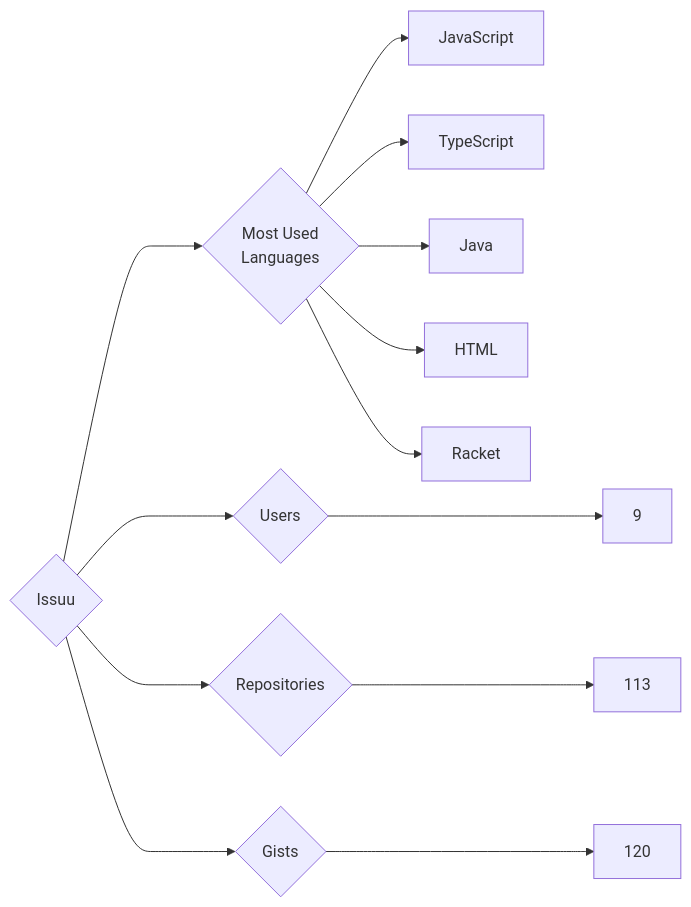
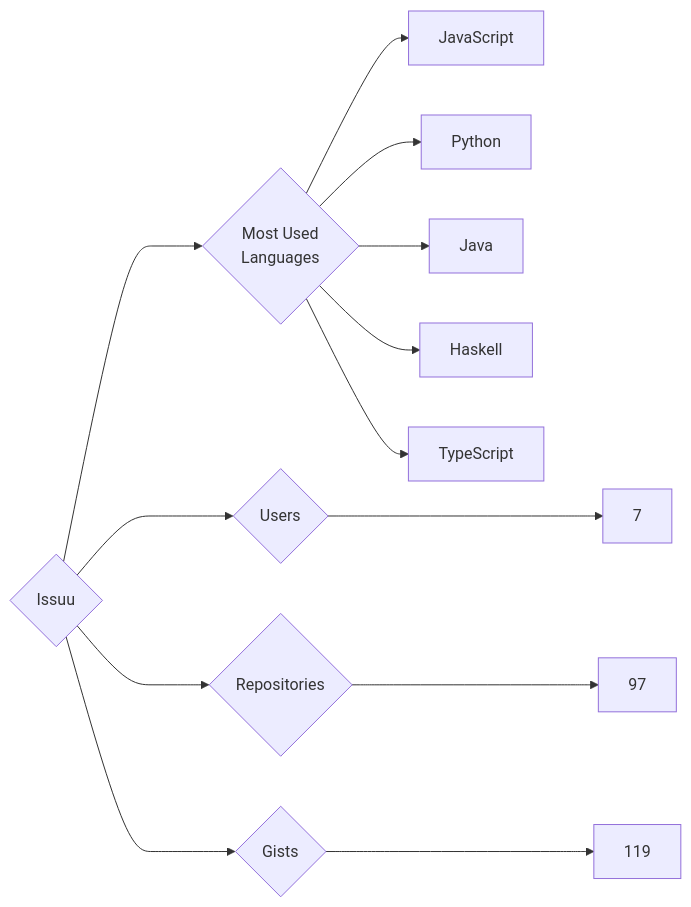
One commit to trickest/insiders changed the diagram in targets/Issuu/README.md. Above: the diagram before and after it, drawn with Mermaid. The commit also changed 932 other files, not shown here.

````diff
--- a/targets/Issuu/README.md
+++ b/targets/Issuu/README.md
@@ -3,13 +3,13 @@
 ```mermaid
 graph LR
 COMPANY_NAME{Issuu}
-COMPANY_NAME ---> U{Users} ---> UN[9]
-COMPANY_NAME ---> R{Repositories} ---> RN[113]
-COMPANY_NAME ---> G{Gists} ---> GN[120]
+COMPANY_NAME ---> U{Users} ---> UN[7]
+COMPANY_NAME ---> R{Repositories} ---> RN[97]
+COMPANY_NAME ---> G{Gists} ---> GN[119]
 COMPANY_NAME ---> ML{Most Used<br>Languages}
 ML --> JavaScript[JavaScript]
+ML --> Python[Python]
+ML --> Java[Java]
+ML --> Haskell[Haskell]
 ML --> TypeScript[TypeScript]
-ML --> Java[Java]
-ML --> HTML[HTML]
-ML --> Racket[Racket]
 ```
````
